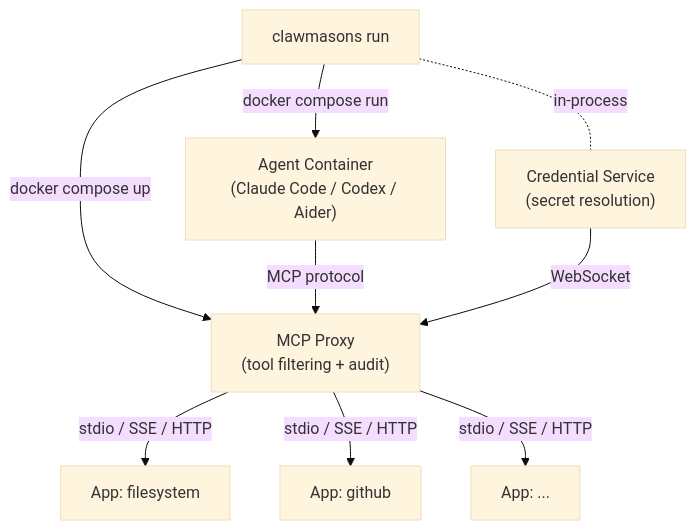
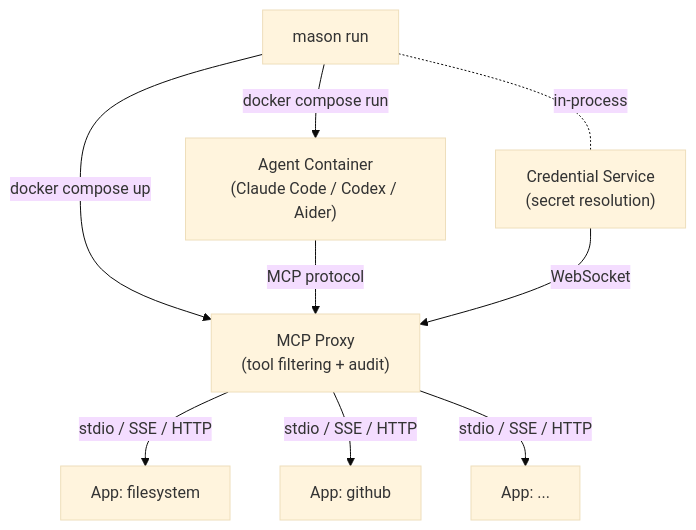
The first of 5 diagrams in docs/architecture.md (clawmasons/mason), drawn with Mermaid (base theme) before and after one commit. The commit also changed other lines of this file and 9 other files, not shown here.

````diff
--- a/docs/architecture.md
+++ b/docs/architecture.md
@@ -12,13 +12,13 @@
 ```mermaid
 graph TB
-    CLI["clawmasons run"]
+    CLI["mason run"]
     CLI -->|docker compose up| Proxy["MCP Proxy<br/>(tool filtering + audit)"]
     CLI -->|docker compose run| Agent["Agent Container<br/>(Claude Code / Codex / Aider)"]
     CLI -.-|in-process| CredSvc["Credential Service<br/>(secret resolution)"]
 
     Agent -->|MCP protocol| Proxy
     CredSvc -->|WebSocket| Proxy
     Proxy -->|stdio / SSE / HTTP| App1["App: filesystem"]
     Proxy -->|stdio / SSE / HTTP| App2["App: github"]
     Proxy -->|stdio / SSE / HTTP| AppN["App: ..."]
 ```
````
